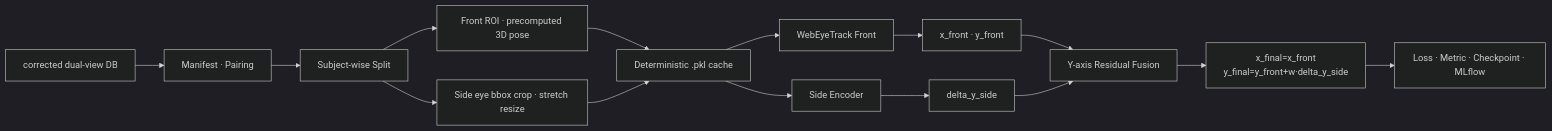
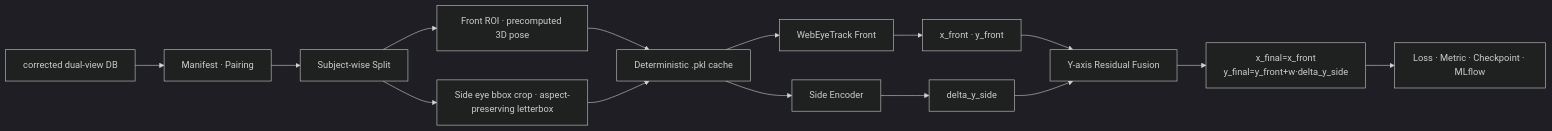
Before and after one commit to ggulNote/eye-tracking-ml: the diagram in docs/architecture.md, drawn with Mermaid (dark theme). The commit also changed other lines of this file and 58 other files, not shown here.

````diff
--- a/docs/architecture.md
+++ b/docs/architecture.md
@@ -19,17 +19,17 @@
 ```mermaid
 flowchart LR
     DB["corrected dual-view DB"] --> M["Manifest · Pairing"]
     M --> S["Subject-wise Split"]
     S --> F["Front ROI · precomputed 3D pose"]
-    S --> P["Side eye bbox crop · stretch resize"]
+    S --> P["Side eye bbox crop · aspect-preserving letterbox"]
     F --> C["Deterministic .pkl cache"]
     P --> C
     C --> FM["WebEyeTrack Front"]
     C --> SM["Side Encoder"]
     FM --> FO["x_front · y_front"]
     SM --> SO["delta_y_side"]
     FO --> Y["Y-axis Residual Fusion"]
     SO --> Y
     Y --> O["x_final=x_front<br/>y_final=y_front+w·delta_y_side"]
     O --> T["Loss · Metric · Checkpoint · MLflow"]
 ```
````
